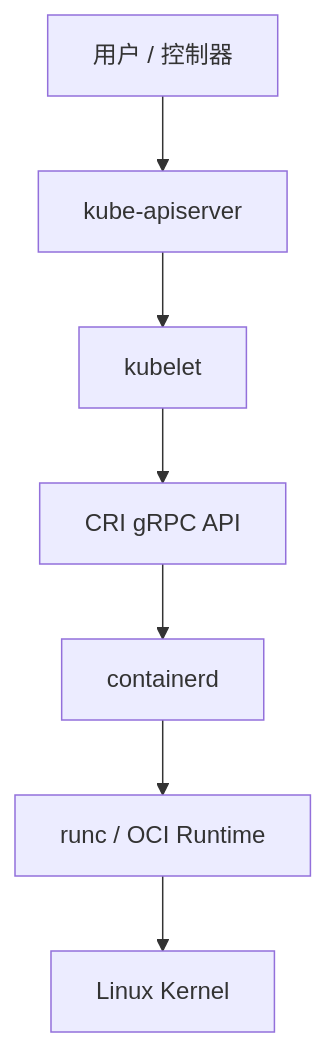
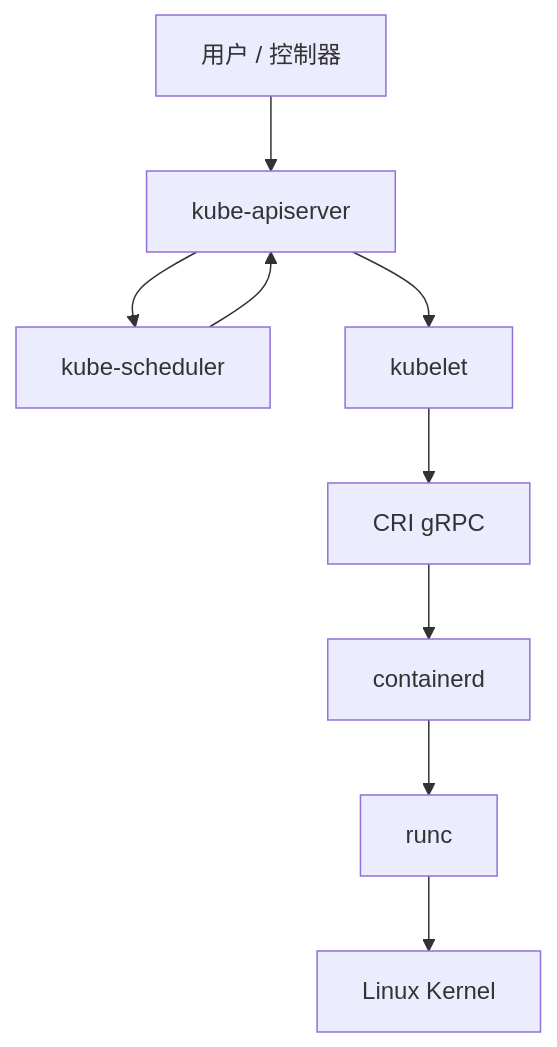
Before and after one commit to yleoer/k8s-learn: the first of 2 diagrams in docs/05-容器运行/1-CRI与Containerd.md, drawn with Mermaid. The commit also changed other lines of this file and 5 other files, not shown here.

````diff
--- a/docs/05-容器运行/1-CRI与Containerd.md
+++ b/docs/05-容器运行/1-CRI与Containerd.md
@@ -24,9 +33,11 @@
 ```mermaid
 flowchart TB
   user["用户 / 控制器"] --> apiserver["kube-apiserver"]
+  apiserver --> scheduler["kube-scheduler"]
+  scheduler --> apiserver
   apiserver --> kubelet["kubelet"]
-  kubelet --> cri["CRI gRPC API"]
+  kubelet --> cri["CRI gRPC"]
   cri --> containerd["containerd"]
-  containerd --> runc["runc / OCI Runtime"]
+  containerd --> runc["runc"]
   runc --> kernel["Linux Kernel"]
 ```
````
